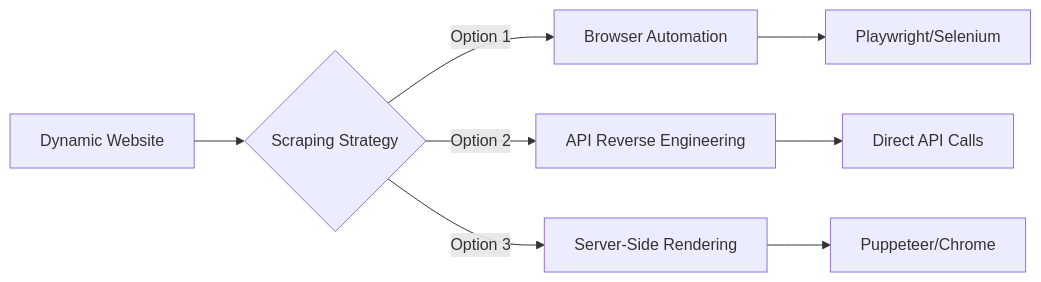
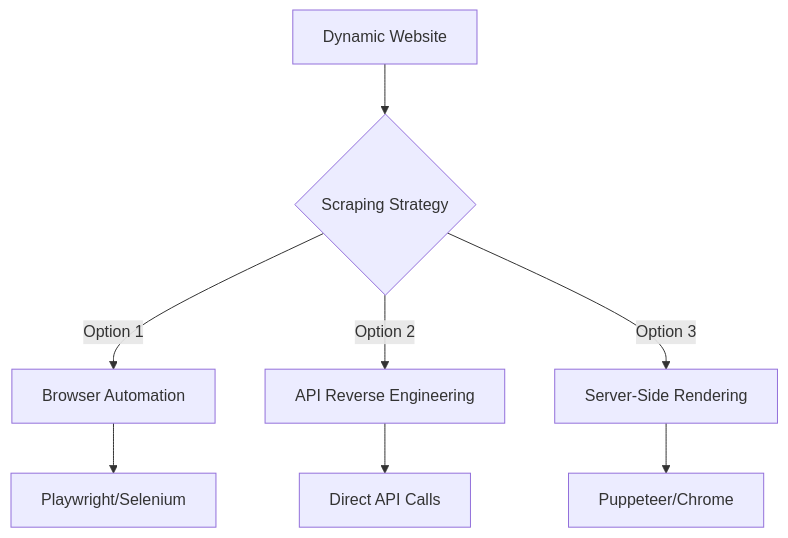
The second of 3 diagrams in _posts/2025-05-06-static-vs-dynamic-websites-scraping.md (bytetunnels/bytetunnels.github.com), drawn with Mermaid before and after one commit. The commit also changed other lines of this file and 25 other files, not shown here.

Commit message:
chore: fixed mermaid charts

````diff
--- a/_posts/2025-05-06-static-vs-dynamic-websites-scraping.md
+++ b/_posts/2025-05-06-static-vs-dynamic-websites-scraping.md
@@ -122,11 +122,13 @@
 ```mermaid
-flowchart LR
-    A[Dynamic Website] --> B{Scraping Strategy}
+flowchart TD
+    A[Dynamic Website]
+    A --> B{Scraping Strategy}
+
     B -->|Option 1| C[Browser Automation]
     B -->|Option 2| D[API Reverse Engineering]
     B -->|Option 3| E[Server-Side Rendering]
-    
+
     C --> F[Playwright/Selenium]
     D --> G[Direct API Calls]
     E --> H[Puppeteer/Chrome]
 ```
````
